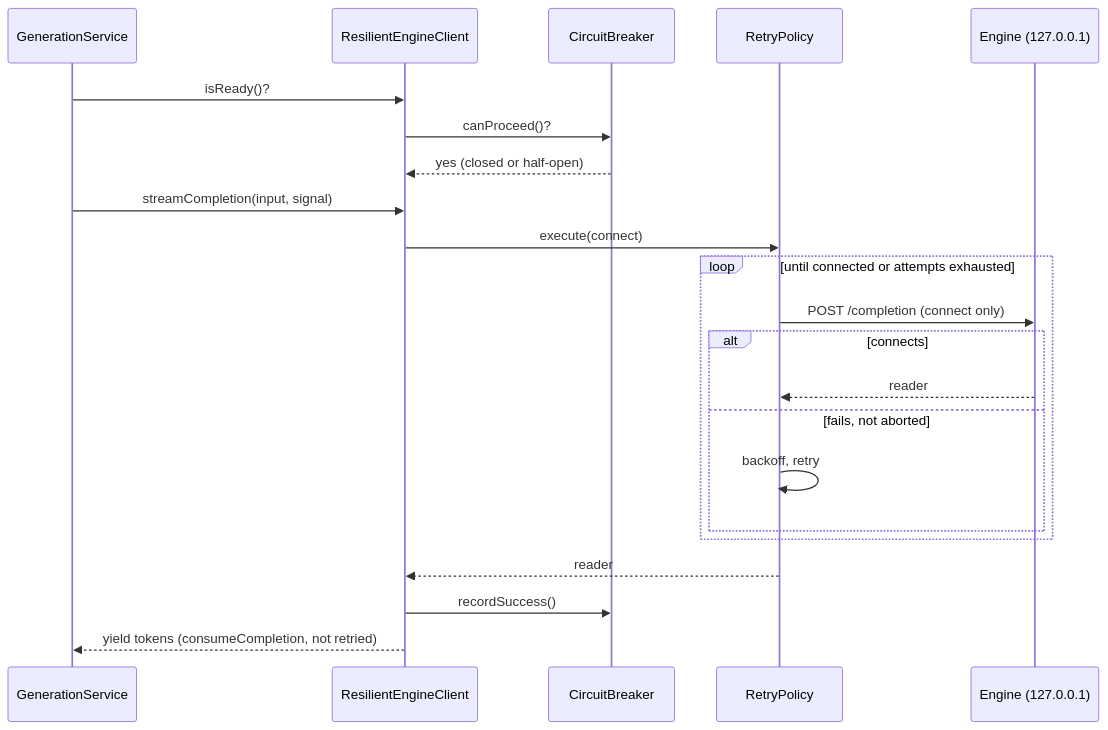
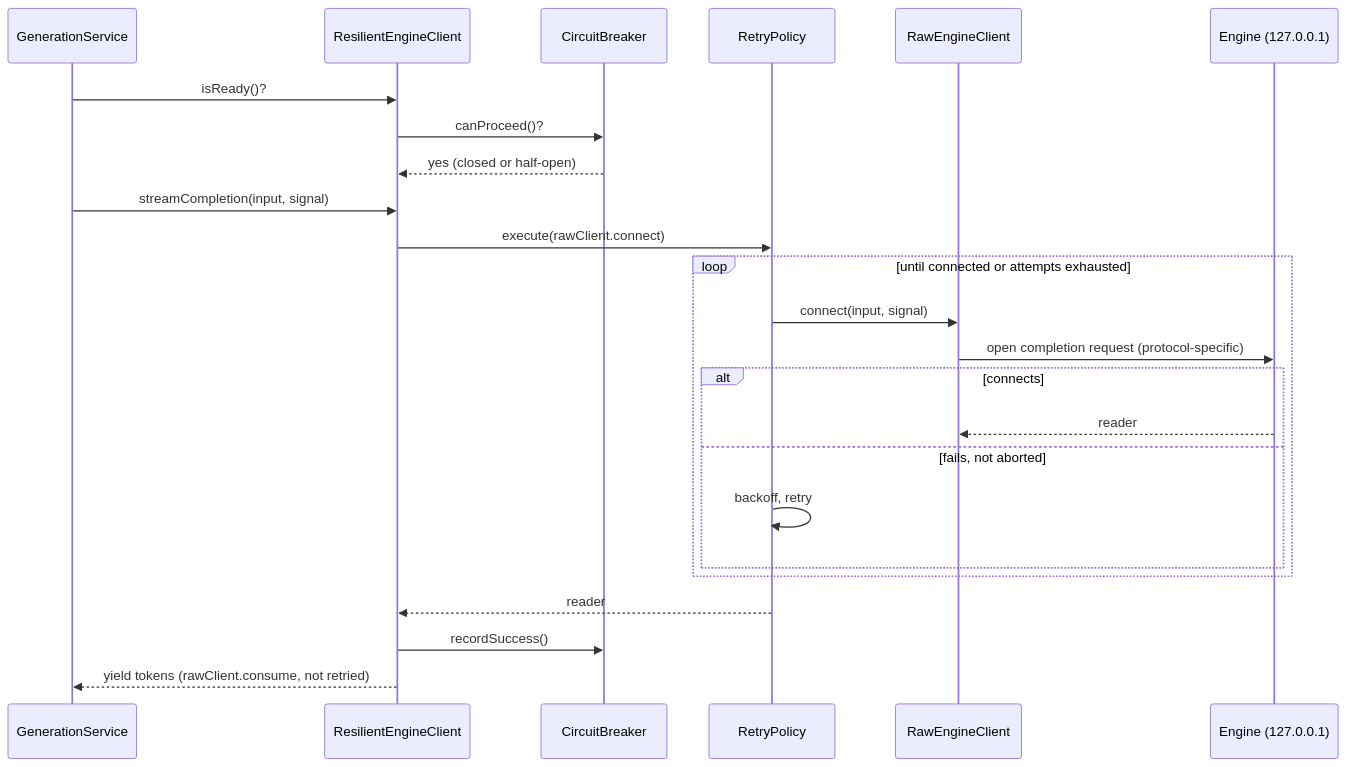
One commit to anatolilavra-droid/ai-node-monitor changed the fourth of 4 diagrams in docs/ARCHITECTURE.md. Above: the diagram before and after it, drawn with Mermaid. The commit also changed other lines of this file and 31 other files, not shown here.

````diff
--- a/docs/ARCHITECTURE.md
+++ b/docs/ARCHITECTURE.md
@@ -140,25 +166,27 @@
 ```mermaid
 sequenceDiagram
     participant G as GenerationService
     participant R as ResilientEngineClient
     participant CB as CircuitBreaker
     participant RT as RetryPolicy
+    participant RAW as RawEngineClient
     participant E as Engine (127.0.0.1)
 
     G->>R: isReady()?
     R->>CB: canProceed()?
     CB-->>R: yes (closed or half-open)
     G->>R: streamCompletion(input, signal)
-    R->>RT: execute(connect)
+    R->>RT: execute(rawClient.connect)
     loop until connected or attempts exhausted
-        RT->>E: POST /completion (connect only)
+        RT->>RAW: connect(input, signal)
+        RAW->>E: open completion request (protocol-specific)
         alt connects
-            E-->>RT: reader
+            E-->>RAW: reader
         else fails, not aborted
             RT->>RT: backoff, retry
         end
     end
     RT-->>R: reader
     R->>CB: recordSuccess()
-    R-->>G: yield tokens (consumeCompletion, not retried)
+    R-->>G: yield tokens (rawClient.consume, not retried)
 ```
````
